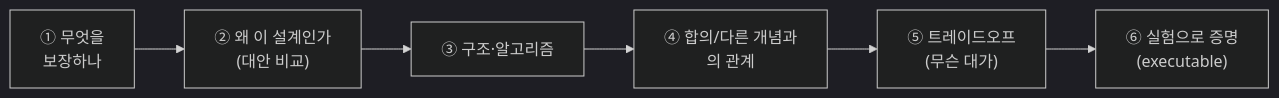
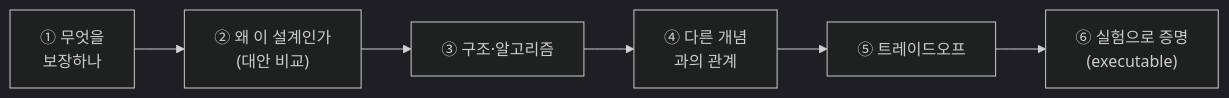
Before and after one commit to ghtjr410/kafka-lab: the first of 2 diagrams in docs/book/1-internals/README.md, drawn with Mermaid (dark theme). The commit also changed other lines of this file and 6 other files, not shown here.

````diff
--- a/docs/book/1-internals/README.md
+++ b/docs/book/1-internals/README.md
@@ -13,8 +14,8 @@
 ```mermaid
 graph LR
     A["① 무엇을<br/>보장하나"] --> B["② 왜 이 설계인가<br/>(대안 비교)"]
     B --> C["③ 구조·알고리즘"]
-    C --> D["④ 합의/다른 개념과<br/>의 관계"]
-    D --> E["⑤ 트레이드오프<br/>(무슨 대가)"]
+    C --> D["④ 다른 개념<br/>과의 관계"]
+    D --> E["⑤ 트레이드오프"]
     E --> F["⑥ 실험으로 증명<br/>(executable)"]
 ```
````
